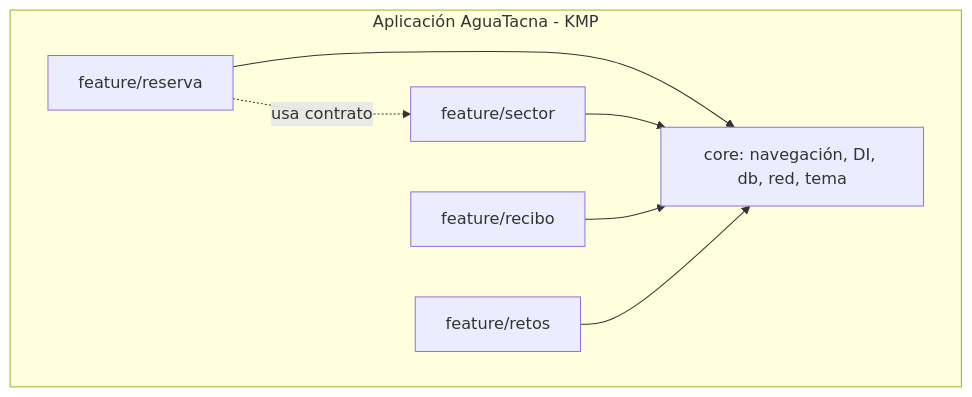
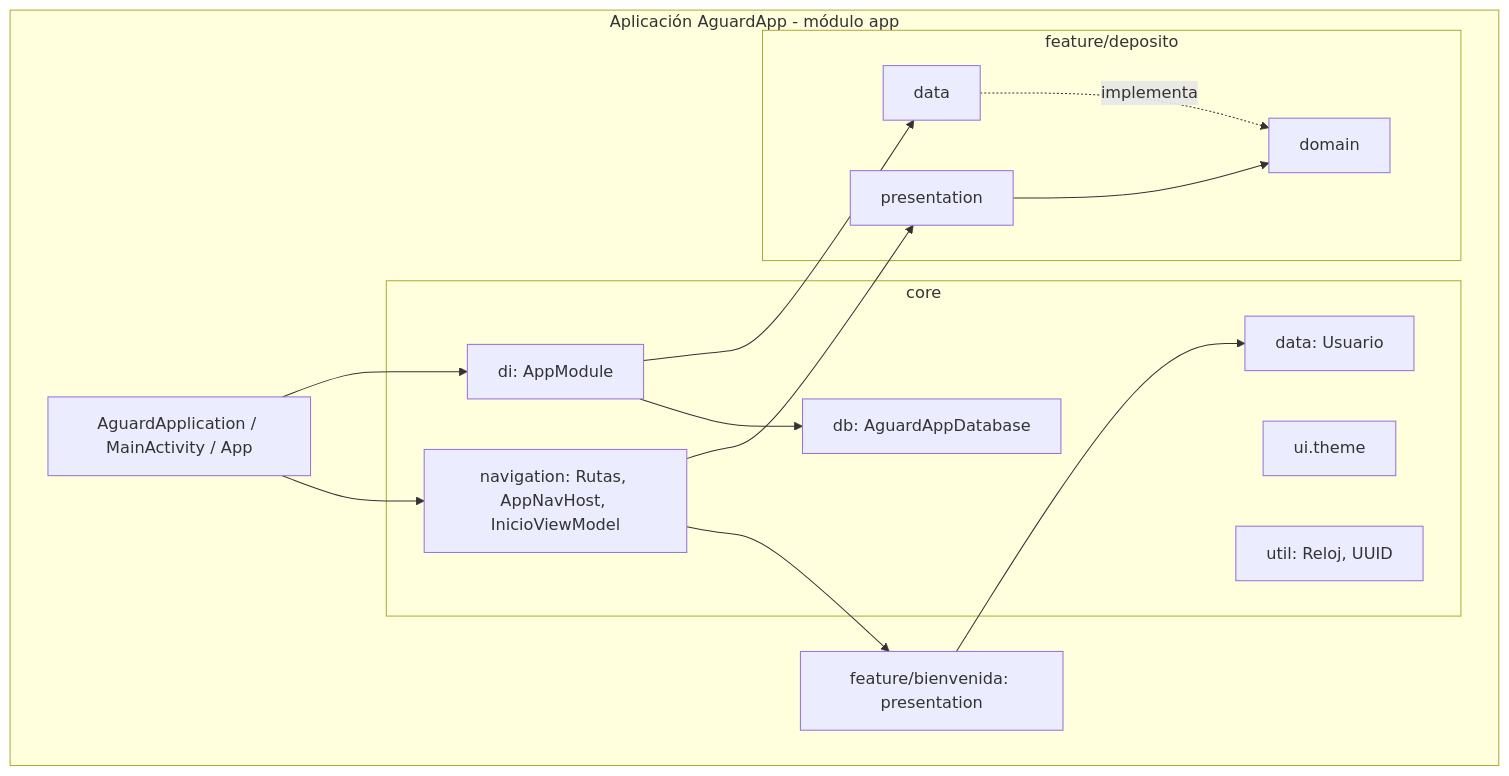
One commit to IkerASierraR/AguardApp changed the third of 18 diagrams in informes/FD04-SAD.md. Above: the diagram before and after it, drawn with Mermaid. The commit also changed other lines of this file and 2 other files, not shown here.

````diff
--- a/informes/FD04-SAD.md
+++ b/informes/FD04-SAD.md
@@ -149,16 +140,30 @@
 ```mermaid
 flowchart TB
-  subgraph APP[Aplicación AguaTacna - KMP]
-    RES[feature/reserva]
-    SEC[feature/sector]
-    REC[feature/recibo]
-    RET[feature/retos]
-    CORE[core: navegación, DI, db, red, tema]
+  subgraph APP[Aplicación AguardApp - módulo app]
+    MAIN[AguardApplication / MainActivity / App]
+    subgraph CORE[core]
+      NAV[navigation: Rutas, AppNavHost, InicioViewModel]
+      DI[di: AppModule]
+      DB[db: AguardAppDatabase]
+      DATA[data: Usuario]
+      THEME[ui.theme]
+      UTIL[util: Reloj, UUID]
+    end
+    BIEN[feature/bienvenida: presentation]
+    subgraph DEP[feature/deposito]
+      PRES[presentation]
+      DOM[domain]
+      DAT[data]
+    end
 
-    RES -. usa contrato .-> SEC
-    RES --> CORE
-    SEC --> CORE
-    REC --> CORE
-    RET --> CORE
+    MAIN --> NAV
+    MAIN --> DI
+    NAV --> BIEN
+    NAV --> PRES
+    PRES --> DOM
+    DAT -. implementa .-> DOM
+    DI --> DB
+    DI --> DAT
+    BIEN --> DATA
   end
 ```
````
